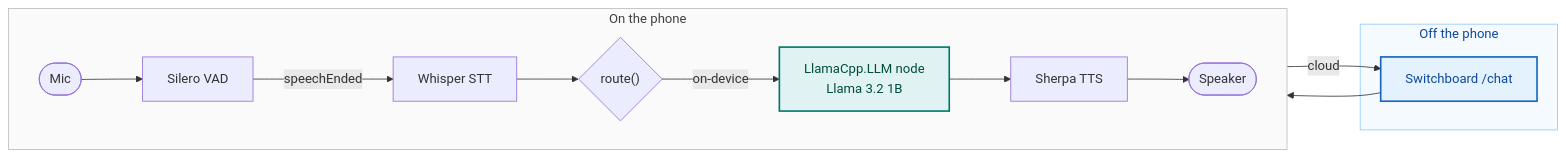
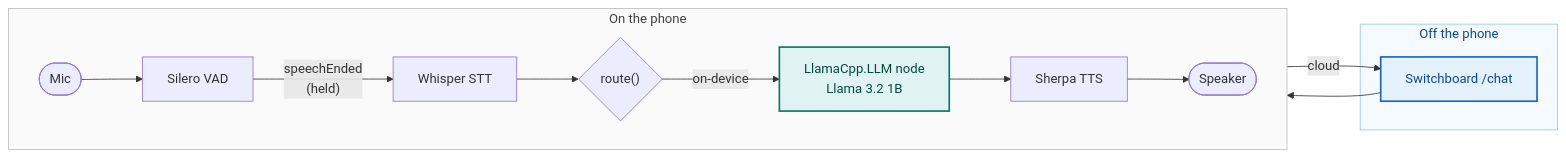
The first of 2 diagrams in README.md (switchboard-sdk/hybrid-voice-agent-sample), drawn with Mermaid before and after one commit. The commit also changed other lines of this file and 9 other files, not shown here.

````diff
--- a/README.md
+++ b/README.md
@@ -21,22 +21,22 @@
 ```mermaid
 flowchart LR
   subgraph phone["On the phone"]
     direction LR
     mic(["Mic"]) --> vad["Silero VAD"]
-    vad -- "speechEnded" --> stt["Whisper STT"]
+    vad -- "speechEnded<br/>(held)" --> stt["Whisper STT"]
     stt --> router{"route()"}
     router -- "on-device" --> llm["LlamaCpp.LLM node<br/>Llama 3.2 1B"]
     llm --> tts["Sherpa TTS"]
     tts --> spk(["Speaker"])
   end
   subgraph net["Off the phone"]
     chat["Switchboard /chat"]
   end
   router -- "cloud" --> chat --> tts
   classDef ondevice fill:#e0f2f1,stroke:#00796b,stroke-width:2px,color:#004d40
   classDef cloudy fill:#e3f2fd,stroke:#1565c0,stroke-width:2px,color:#0d47a1
   class llm ondevice
   class chat cloudy
   style phone fill:#fafafa,stroke:#bdbdbd,color:#424242
   style net fill:#f5faff,stroke:#90caf9,color:#0d47a1
 ```
````
